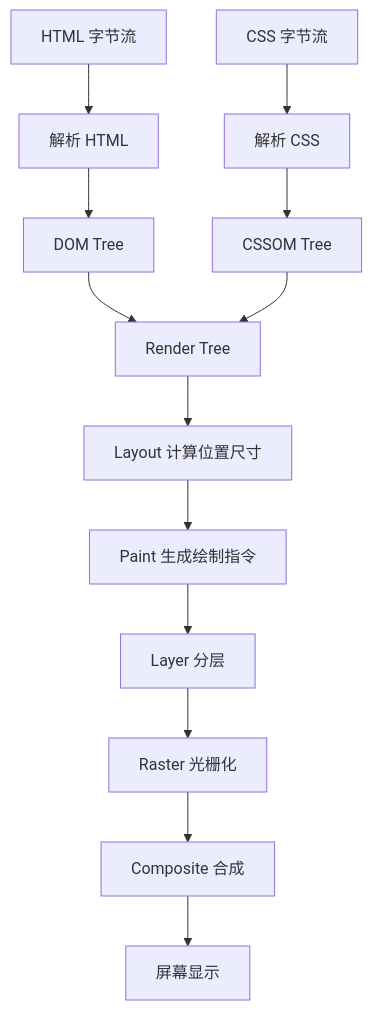
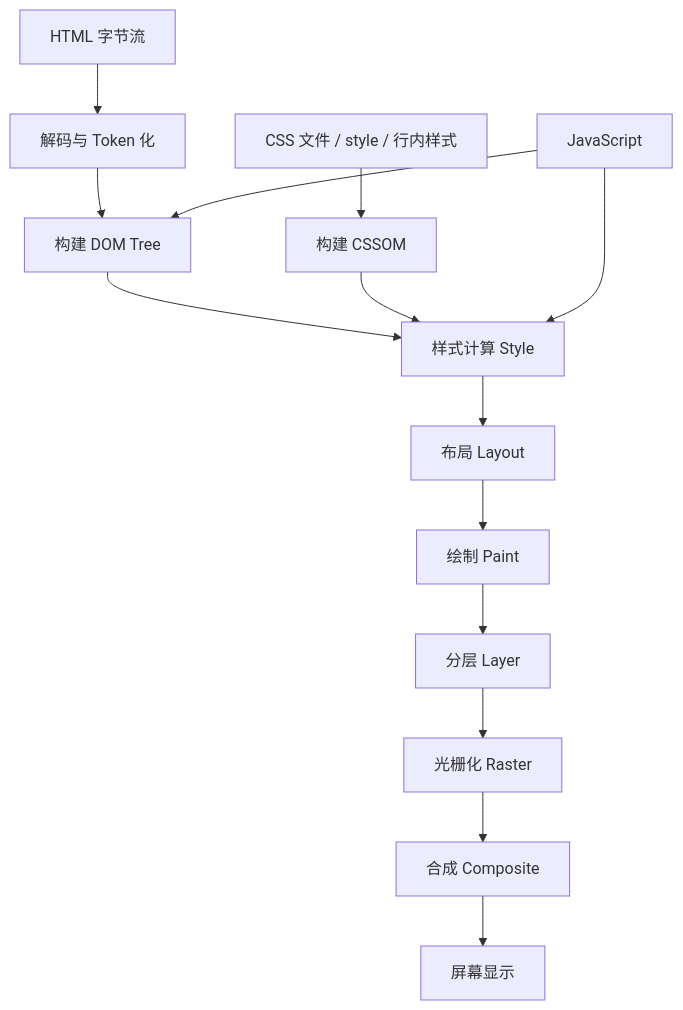
The third of 32 diagrams in 八股/浏览器原理面试八股整理.md (H-1234-S/Note), drawn with Mermaid before and after one commit. The commit also changed other lines of this file, not shown here.

````diff
--- a/八股/浏览器原理面试八股整理.md
+++ b/八股/浏览器原理面试八股整理.md
@@ -968,15 +1002,16 @@
 ```mermaid
 flowchart TD
-    A[HTML 字节流] --> B[解析 HTML]
-    B --> C[DOM Tree]
-    D[CSS 字节流] --> E[解析 CSS]
-    E --> F[CSSOM Tree]
-    C --> G[Render Tree]
-    F --> G
-    G --> H[Layout 计算位置尺寸]
-    H --> I[Paint 生成绘制指令]
-    I --> J[Layer 分层]
-    J --> K[Raster 光栅化]
-    K --> L[Composite 合成]
-    L --> M[屏幕显示]
+    A[HTML 字节流] --> B[解码与 Token 化]
+    B --> C[构建 DOM Tree]
+    D[CSS 文件 / style / 行内样式] --> E[构建 CSSOM]
+    C --> F[样式计算 Style]
+    E --> F
+    F --> G[布局 Layout]
+    G --> H[绘制 Paint]
+    H --> I[分层 Layer]
+    I --> J[光栅化 Raster]
+    J --> K[合成 Composite]
+    K --> L[屏幕显示]
+    M[JavaScript] --> C
+    M --> F
 ```
````
